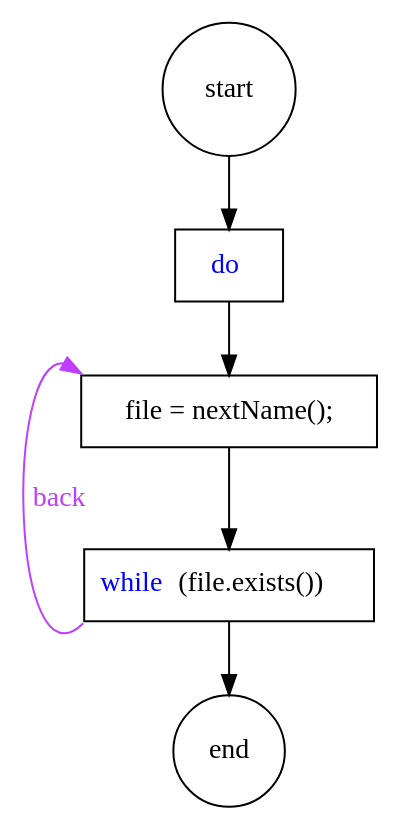
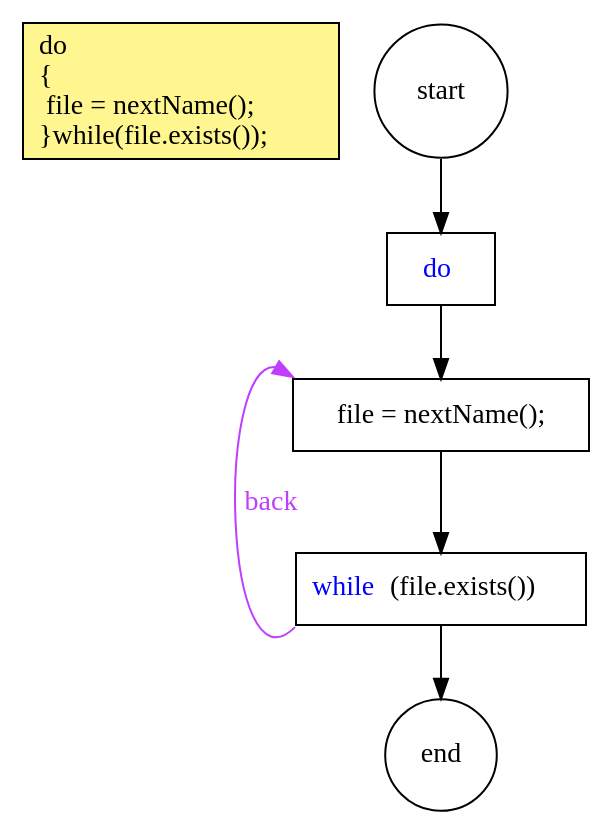
One commit to jindrapetrik/graphs changed the diagram in graphs/basics.do_while.gv. Above: the diagram before and after it, drawn with Graphviz. The commit also changed 5 other files, not shown here.

Commit message:
- attribute _ignoreattrib for ignoring attributes during detection - addding explain section to certain graphs

```diff
--- a/graphs/basics.do_while.gv
+++ b/graphs/basics.do_while.gv
@@ -1,23 +1,17 @@
-/*
-do
-{
-  file = nextName();
-}while(file.exists());
-
-*/
 digraph {
+explain [_ignore=true fillcolor=khaki1 shape=box style=filled label="do\l{\l  file = nextName();\l}while(file.exists());\l"]
 node [shape=box]
 start [shape=circle];
 end [shape=circle];
 body [label="file = nextName();"]
 while [label=<<FONT color="blue">while</FONT>(file.exists())>]
 do [label=<<FONT color="blue">do</FONT>>]
 
 
 start:s->do:n;
 do:s->body:n;
 body:s->while:n;
-while:sw->body:nw [color=darkorchid1 label=back fontcolor=darkorchid1];
+while:sw->body:nw [color=darkorchid1 label=back fontcolor=darkorchid1 _ignoreattrib=true];
 while:s->end;
 end;
 }
```
